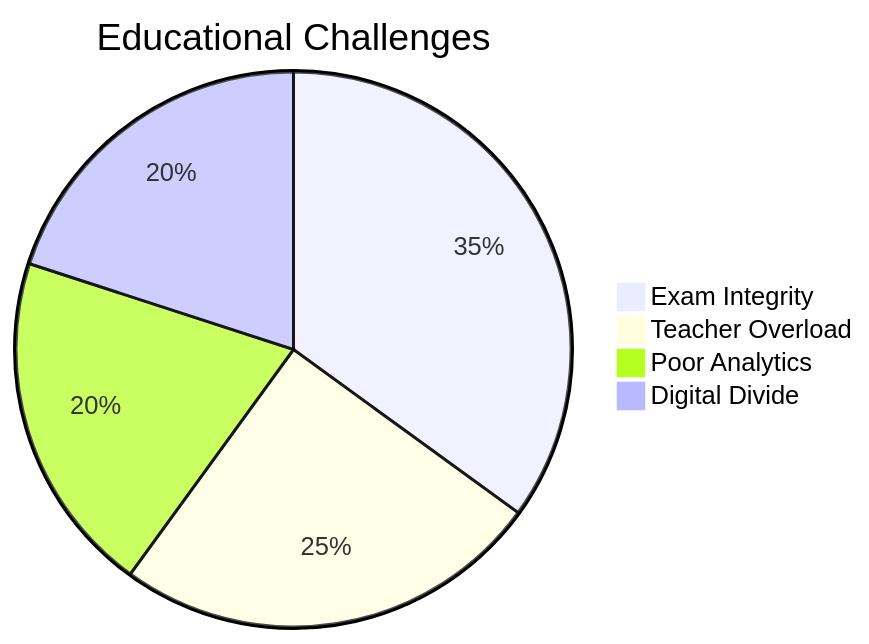
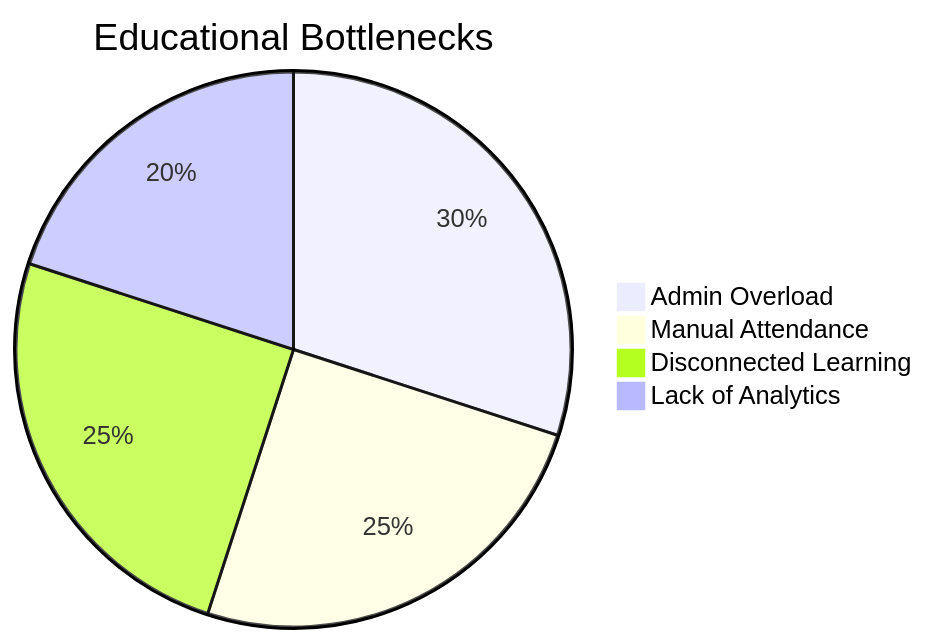
One commit to Aditya-Kumrawat/Edusphere changed the first of 2 diagrams in README.md. Above: the diagram before and after it, drawn with Mermaid. The commit also changed other lines of this file, not shown here.

````diff
--- a/README.md
+++ b/README.md
@@ -77,7 +52,7 @@
 ```mermaid
-pie title Educational Challenges
-    "Exam Integrity" : 35
-    "Teacher Overload" : 25
-    "Poor Analytics" : 20
-    "Digital Divide" : 20
+pie title Educational Bottlenecks
+    "Admin Overload" : 30
+    "Manual Attendance" : 25
+    "Disconnected Learning" : 25
+    "Lack of Analytics" : 20
 ```
````
